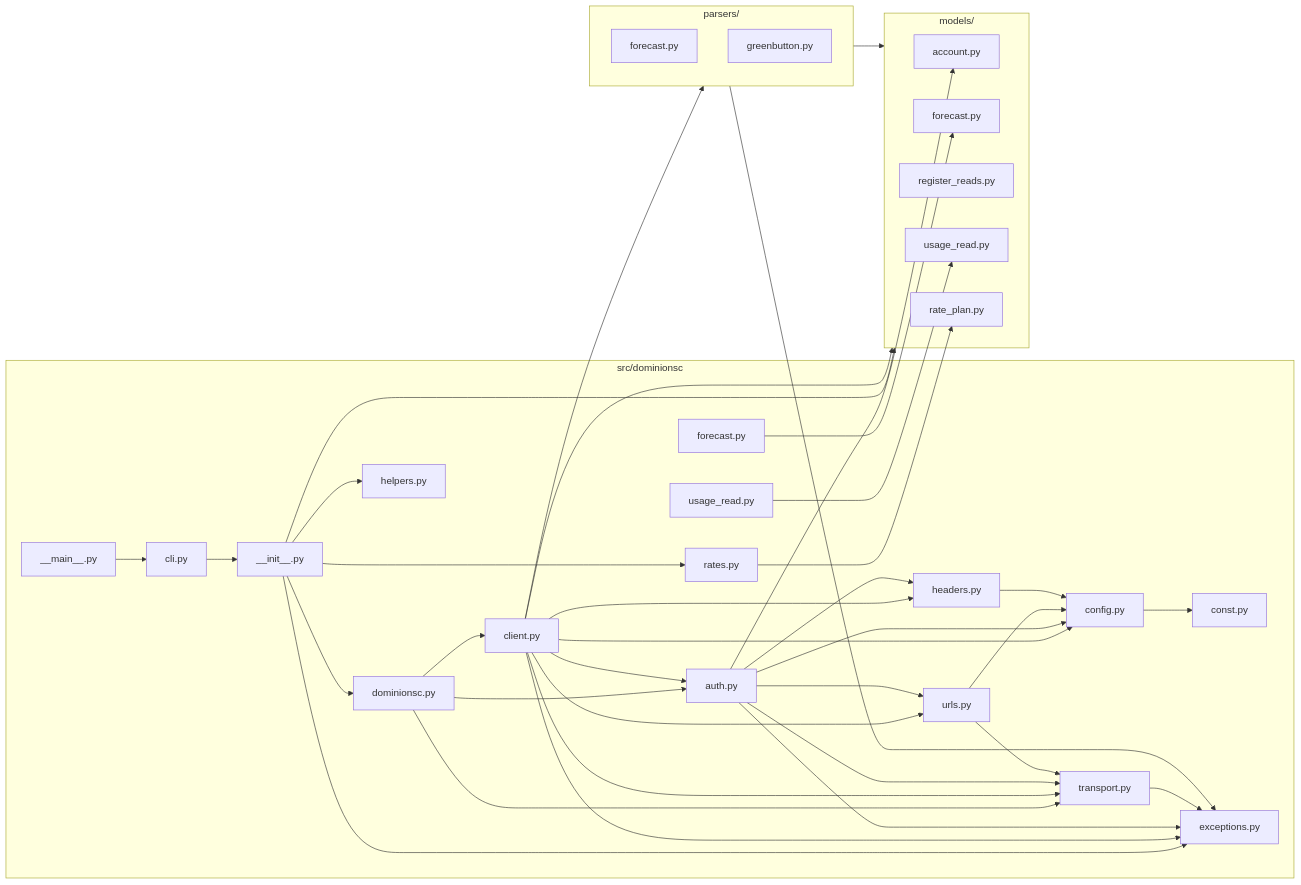
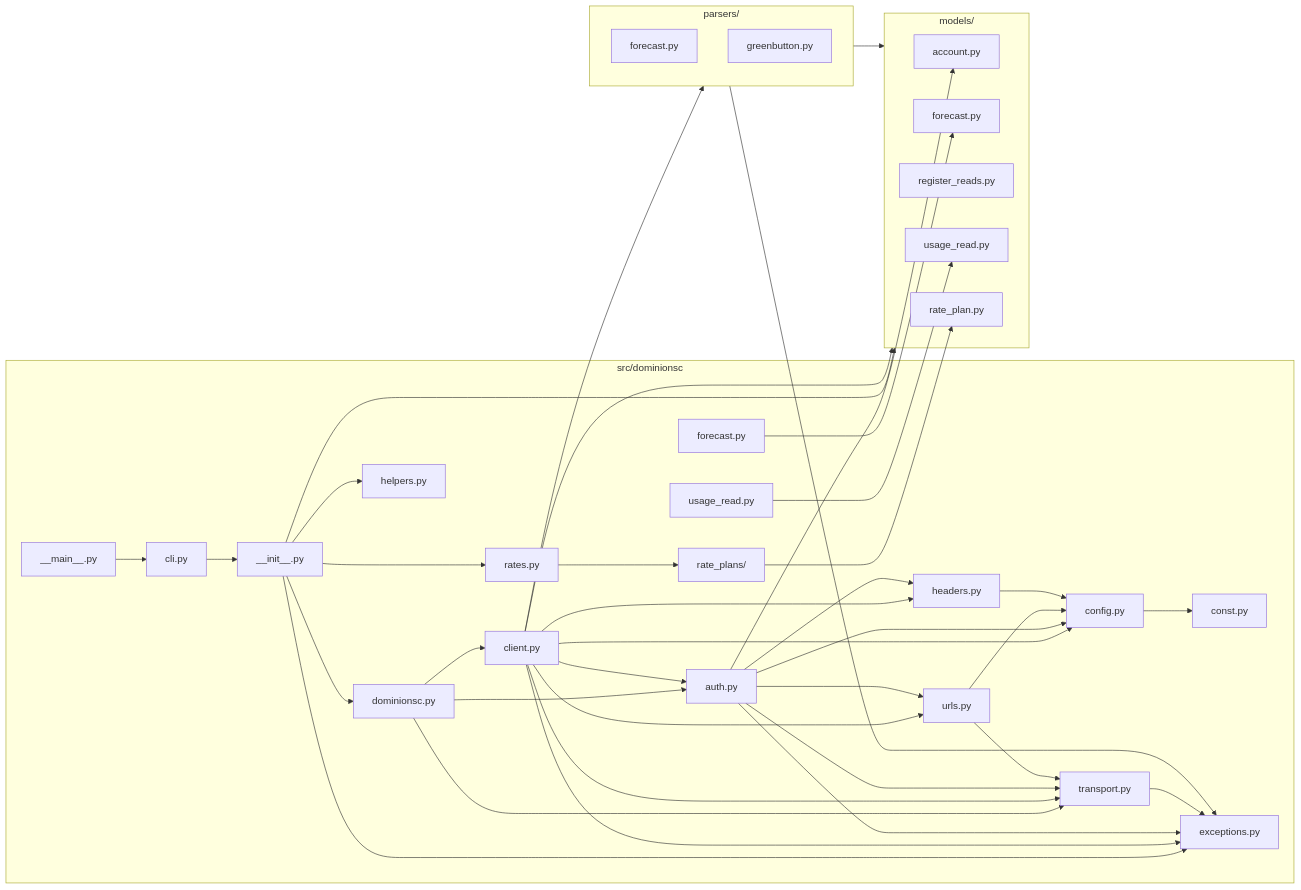
One commit to hype8912/dominion-sc-power changed the diagram in docs/architecture/02-components.md. Above: the diagram before and after it, drawn with Mermaid. The commit also changed other lines of this file and 18 other files, not shown here.

First line of the commit message:
feat: Move rate plan definitions to rate_plans/ module

````diff
--- a/docs/architecture/02-components.md
+++ b/docs/architecture/02-components.md
@@ -43,69 +44,71 @@
 ```mermaid
 flowchart LR
     subgraph Package["src/dominionsc"]
         Init["__init__.py"]
         DominionscMod["dominionsc.py"]
         Auth["auth.py"]
         Client["client.py"]
         CLI["cli.py"]
         Transport["transport.py"]
         URLs["urls.py"]
         Headers["headers.py"]
         Config["config.py"]
         Const["const.py"]
         Exceptions["exceptions.py"]
         ForecastMod["forecast.py"]
         Helpers["helpers.py"]
         UsageReadMod["usage_read.py"]
         Rates["rates.py"]
+        RatePlans["rate_plans/"]
         Main["__main__.py"]
     end
 
     subgraph Models["models/"]
         M_Account["account.py"]
         M_Forecast["forecast.py"]
         M_RegReads["register_reads.py"]
         M_Usage["usage_read.py"]
         M_RatePlan["rate_plan.py"]
     end
 
     subgraph Parsers["parsers/"]
         P_Forecast["forecast.py"]
         P_Green["greenbutton.py"]
     end
 
     Init --> DominionscMod
     Init --> Exceptions
     Init --> Helpers
     Init --> Rates
     Init --> Models
     DominionscMod --> Client
     DominionscMod --> Auth
     DominionscMod --> Transport
     ForecastMod --> M_Forecast
     UsageReadMod --> M_Usage
     Client --> Auth
     Client --> Transport
     Client --> URLs
     Client --> Headers
     Client --> Config
     Client --> Exceptions
     Client --> Parsers
     Client --> Models
     Auth --> Transport
     Auth --> URLs
     Auth --> Headers
     Auth --> Config
     Auth --> Exceptions
     Auth --> M_Account
     URLs --> Config
     URLs --> Transport
     Headers --> Config
     Config --> Const
     Transport --> Exceptions
     Parsers --> Models
     Parsers --> Exceptions
     CLI --> Init
     Main --> CLI
-    Rates --> M_RatePlan
+    Rates --> RatePlans
+    RatePlans --> M_RatePlan
 ```
````
